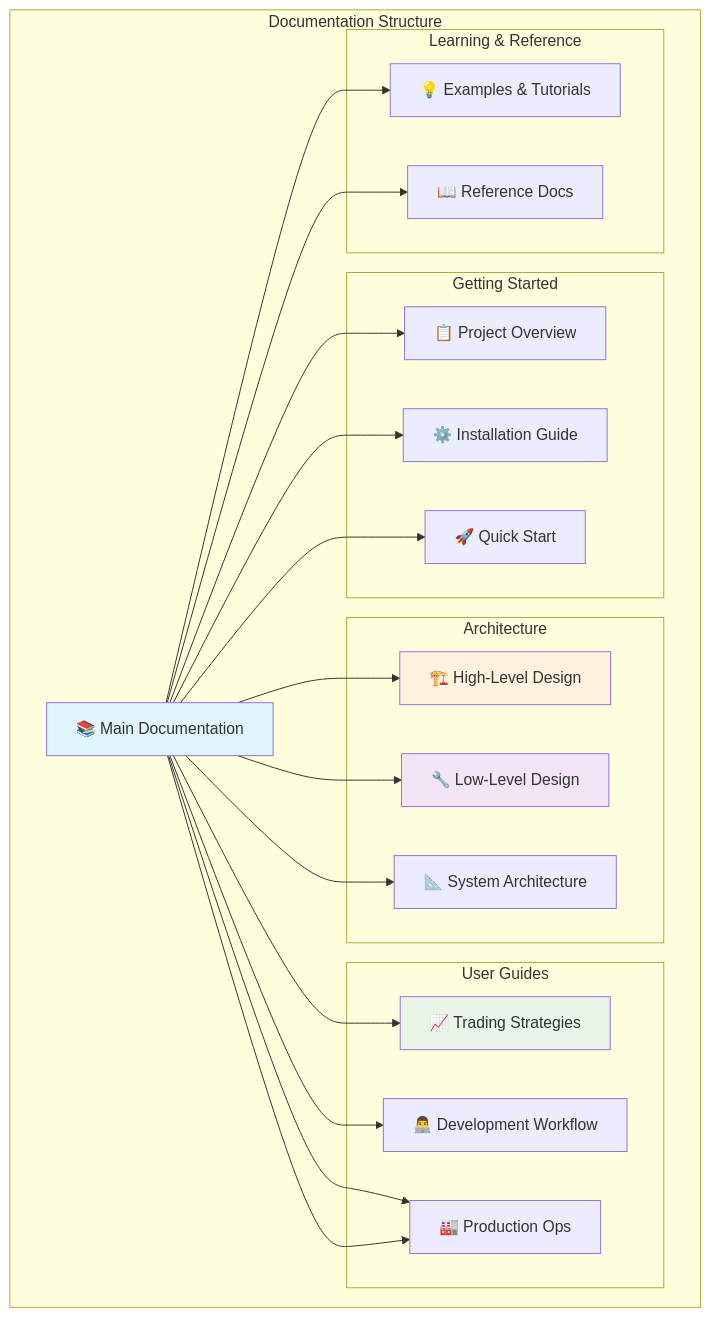
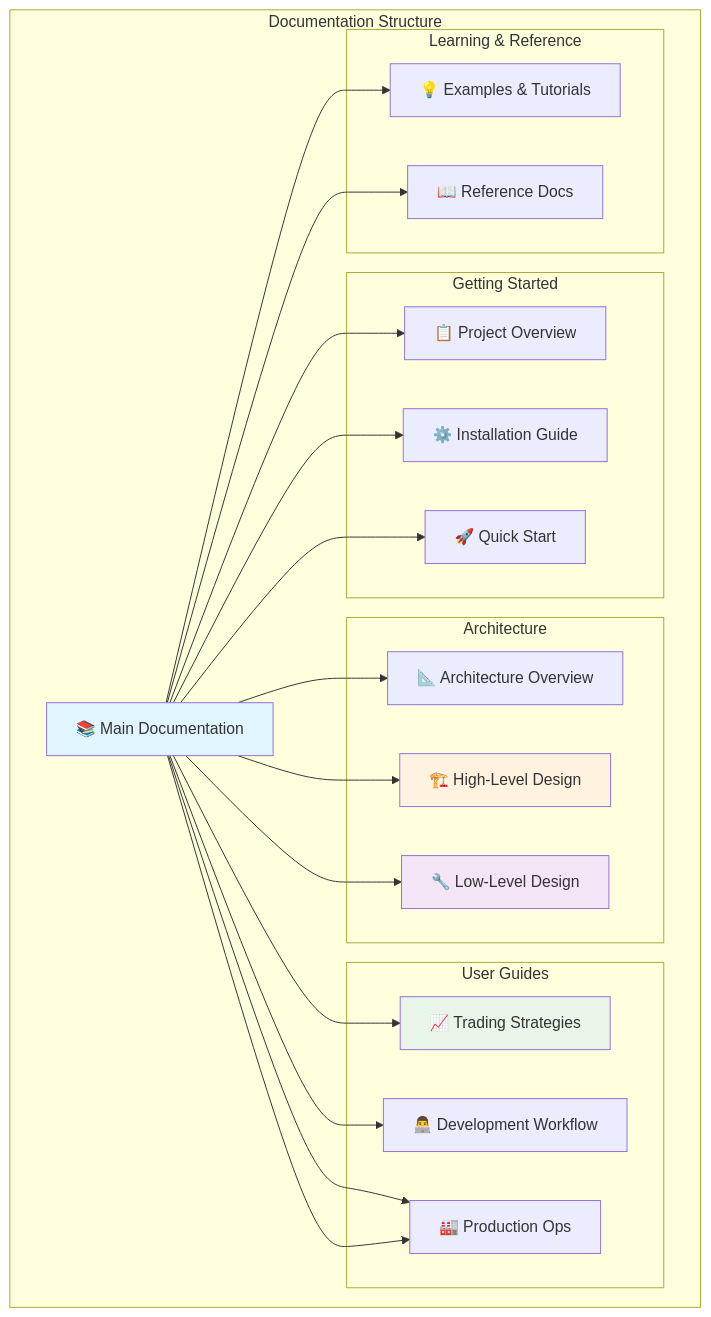
One commit to makutaku/pysystemtrade changed the first of 3 diagrams in fork_extensions/docs/README.md. Above: the diagram before and after it, drawn with Mermaid. The commit also changed other lines of this file and 5 other files, not shown here.

````diff
--- a/fork_extensions/docs/README.md
+++ b/fork_extensions/docs/README.md
@@ -5,51 +5,51 @@
 ```mermaid
 graph TB
     subgraph "Documentation Structure"
         Main[📚 Main Documentation]
         
         subgraph "Getting Started"
             Overview[📋 Project Overview]
             Install[⚙️ Installation Guide]  
             Quick[🚀 Quick Start]
         end
         
         subgraph "Architecture"
+            ArchOverview[📐 Architecture Overview]
             HLD[🏗️ High-Level Design]
             LLD[🔧 Low-Level Design]
-            SystemArch[📐 System Architecture]
         end
         
         subgraph "User Guides" 
             Trading[📈 Trading Strategies]
             DevWorkflow[👨‍💻 Development Workflow]
             Production[🏭 Production Setup]
         end
         
         subgraph "Learning & Reference"
             Examples[💡 Examples & Tutorials]
             Reference[📖 Reference Docs]
             Production[🏭 Production Ops]
         end
     end
     
     Main --> Overview
     Main --> Install
     Main --> Quick
     
+    Main --> ArchOverview
     Main --> HLD
-    Main --> LLD  
-    Main --> SystemArch
+    Main --> LLD
     
     Main --> Trading
     Main --> DevWorkflow
     Main --> Production
     
     Main --> Examples
     Main --> Reference
     Main --> Production
     
     style Main fill:#e1f5fe
     style HLD fill:#fff3e0
     style LLD fill:#f3e5f5
     style Trading fill:#e8f5e8
 ```
````
